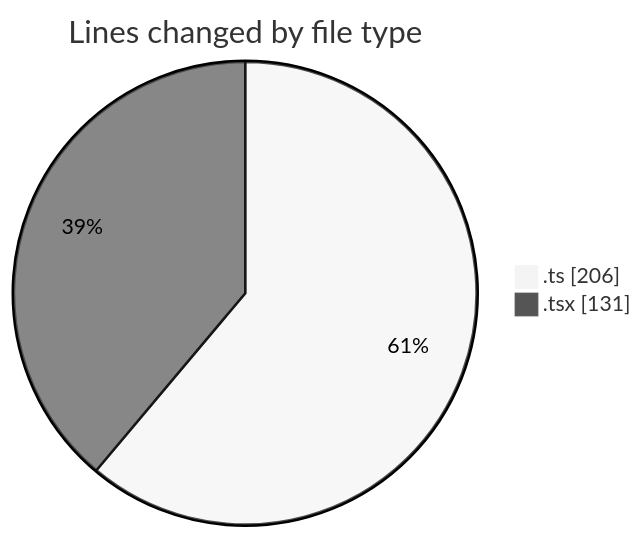
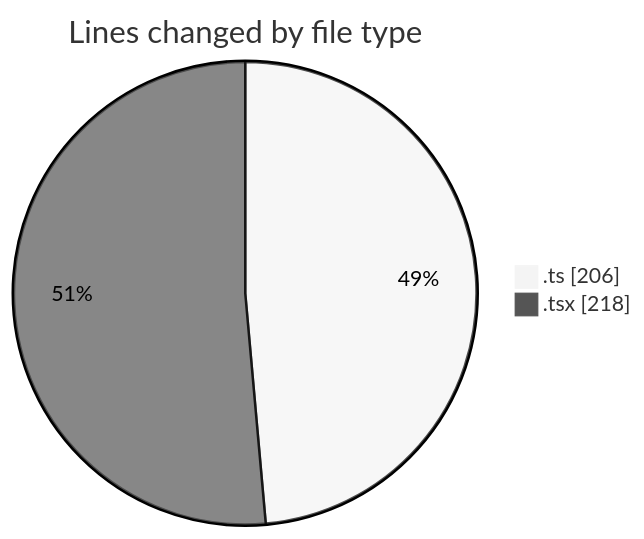
One commit to robertbonfada/code-tracking changed the first of 2 diagrams in 2025-01-27/termonied-web/README.md. Above: the diagram before and after it, drawn with Mermaid (neutral theme). The commit also changed other lines of this file and 1 other file, not shown here.

````diff
--- a/2025-01-27/termonied-web/README.md
+++ b/2025-01-27/termonied-web/README.md
@@ -23,6 +23,6 @@
 ```mermaid
 pie showData
 title Lines changed by file type
 ".ts" : 206
-".tsx" : 131
+".tsx" : 218
 ```
````
